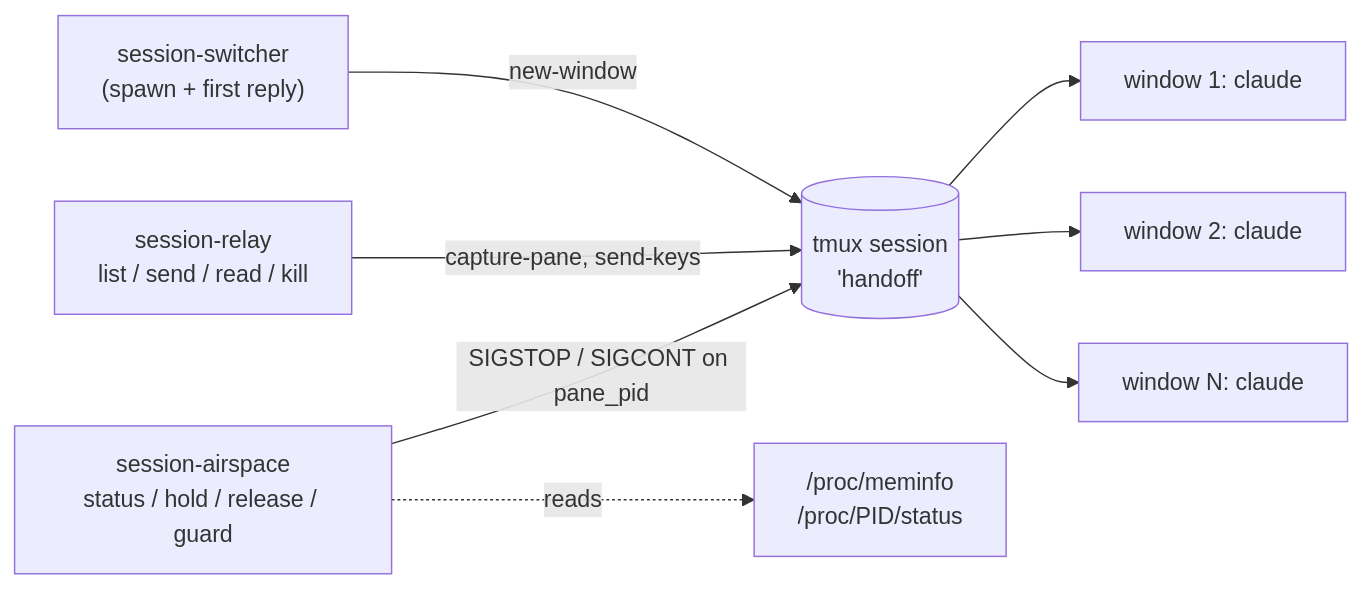
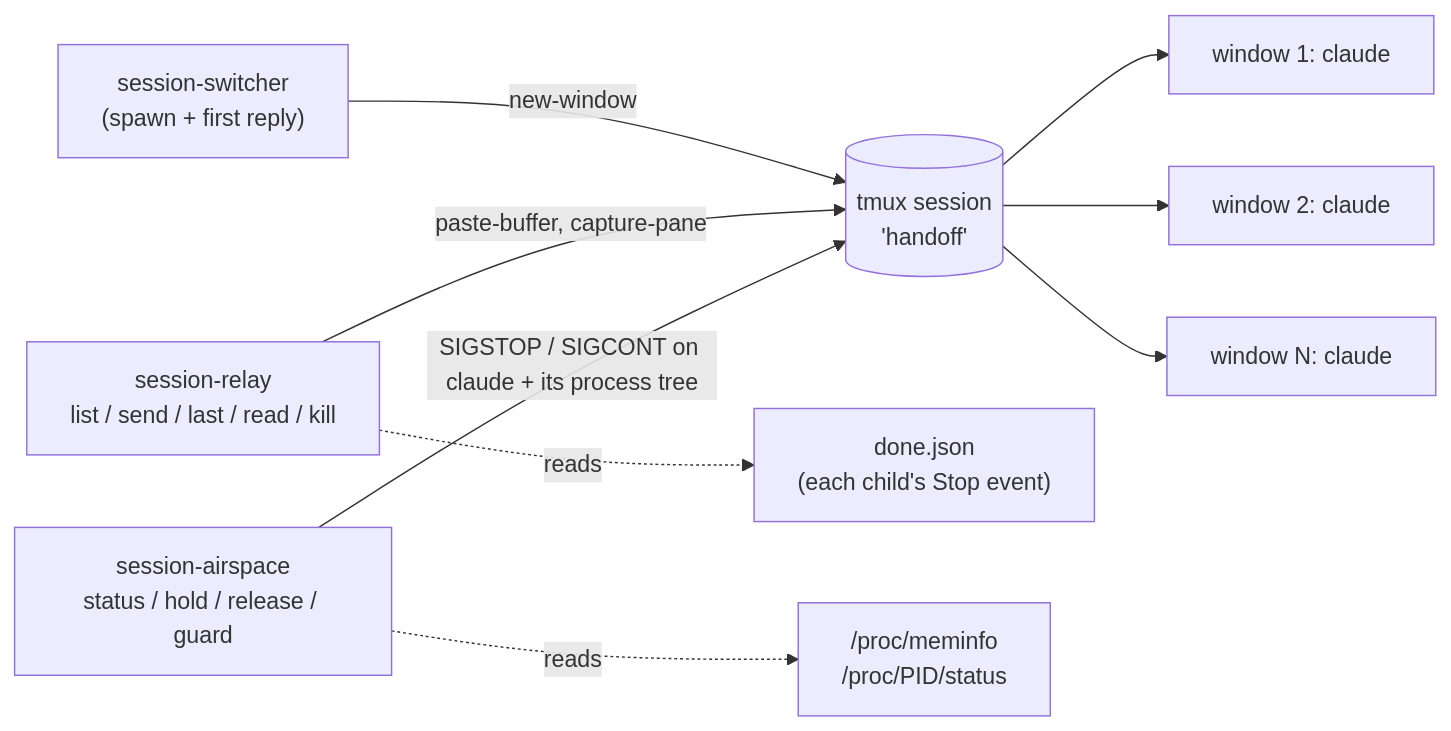
One commit to z0rd0n88/session-stickler changed the second of 2 diagrams in README.md. Above: the diagram before and after it, drawn with Mermaid. The commit also changed other lines of this file and 11 other files, not shown here.

````diff
--- a/README.md
+++ b/README.md
@@ -91,10 +98,11 @@
 ```mermaid
 flowchart LR
     SW["session-switcher<br/>(spawn + first reply)"] -->|new-window| H[("tmux session<br/>'handoff'")]
     H --> W1["window 1: claude"]
     H --> W2["window 2: claude"]
     H --> W3["window N: claude"]
-    R["session-relay<br/>list / send / read / kill"] -->|"capture-pane, send-keys"| H
-    A["session-airspace<br/>status / hold / release / guard"] -->|"SIGSTOP / SIGCONT on pane_pid"| H
+    R["session-relay<br/>list / send / last / read / kill"] -->|"paste-buffer, capture-pane"| H
+    R -. "reads" .-> D["done.json<br/>(each child's Stop event)"]
+    A["session-airspace<br/>status / hold / release / guard"] -->|"SIGSTOP / SIGCONT on claude + its process tree"| H
     A -. "reads" .-> M["/proc/meminfo<br/>/proc/PID/status"]
 ```
````
